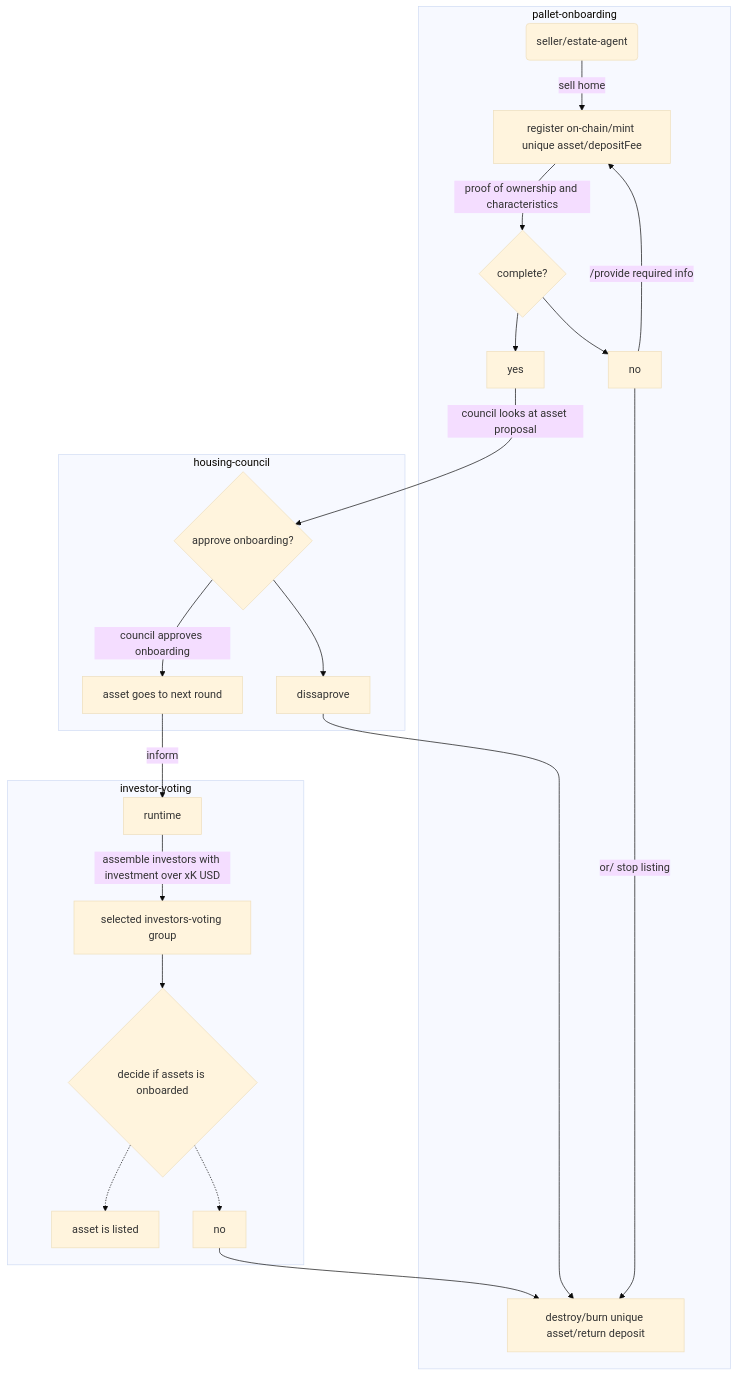
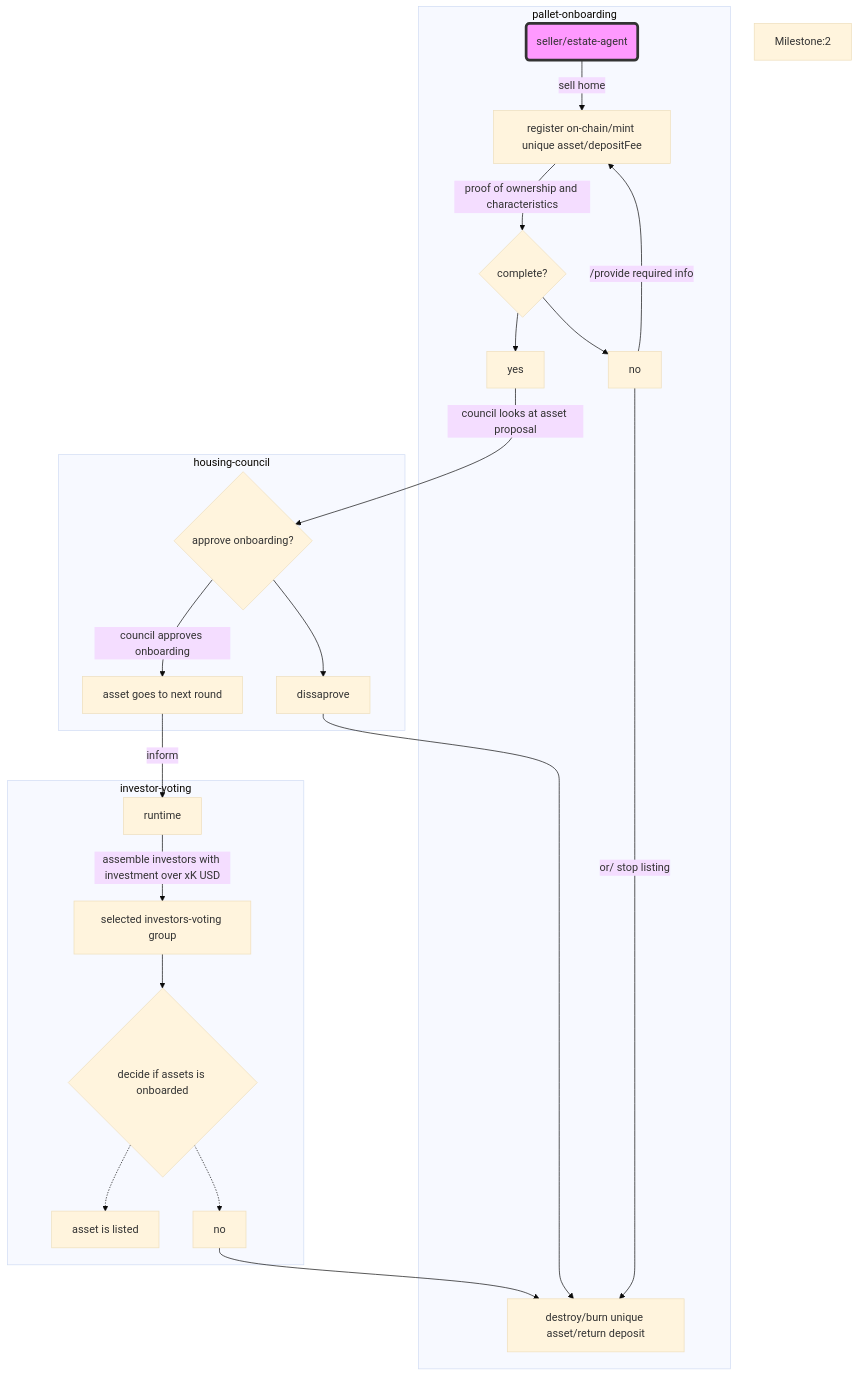
The third of 5 diagrams in applications/fair_squares.md (w3f/Grants-Program), drawn with Mermaid (base theme) before and after one commit. The commit also changed other lines of this file, not shown here.

Commit message:
milestone 3

````diff
--- a/applications/fair_squares.md
+++ b/applications/fair_squares.md
@@ -362,26 +363,27 @@
 ```mermaid
 flowchart
+Milestone:2
     subgraph pallet-onboarding
     A(seller/estate-agent) -->|sell home| B[register on-chain/mint unique asset/depositFee]
     B -->|proof of ownership and characteristics| C{complete?}
     C --> D[yes]
     C --> E[no]
     E -->|/provide required info| B
     E -->|or/ stop listing| F[destroy/burn unique asset/return deposit]
     end
     subgraph housing-council
     D -->|council looks at asset proposal| G{approve onboarding?}
     G -->|council approves onboarding| H[asset goes to next round]
     G --> I[dissaprove]
     I --> F
     end
     subgraph investor-voting
     H -->|inform| R
     R[runtime] -->| assemble investors with investment over xK USD| K[selected investors-voting group]
     K --> L{decide if assets is onboarded}
     L .-> M[asset is listed]
     L .-> no
     no --> F
     end
-
+    style A fill:#f9f,stroke:#333,stroke-width:4px
 ```
````
